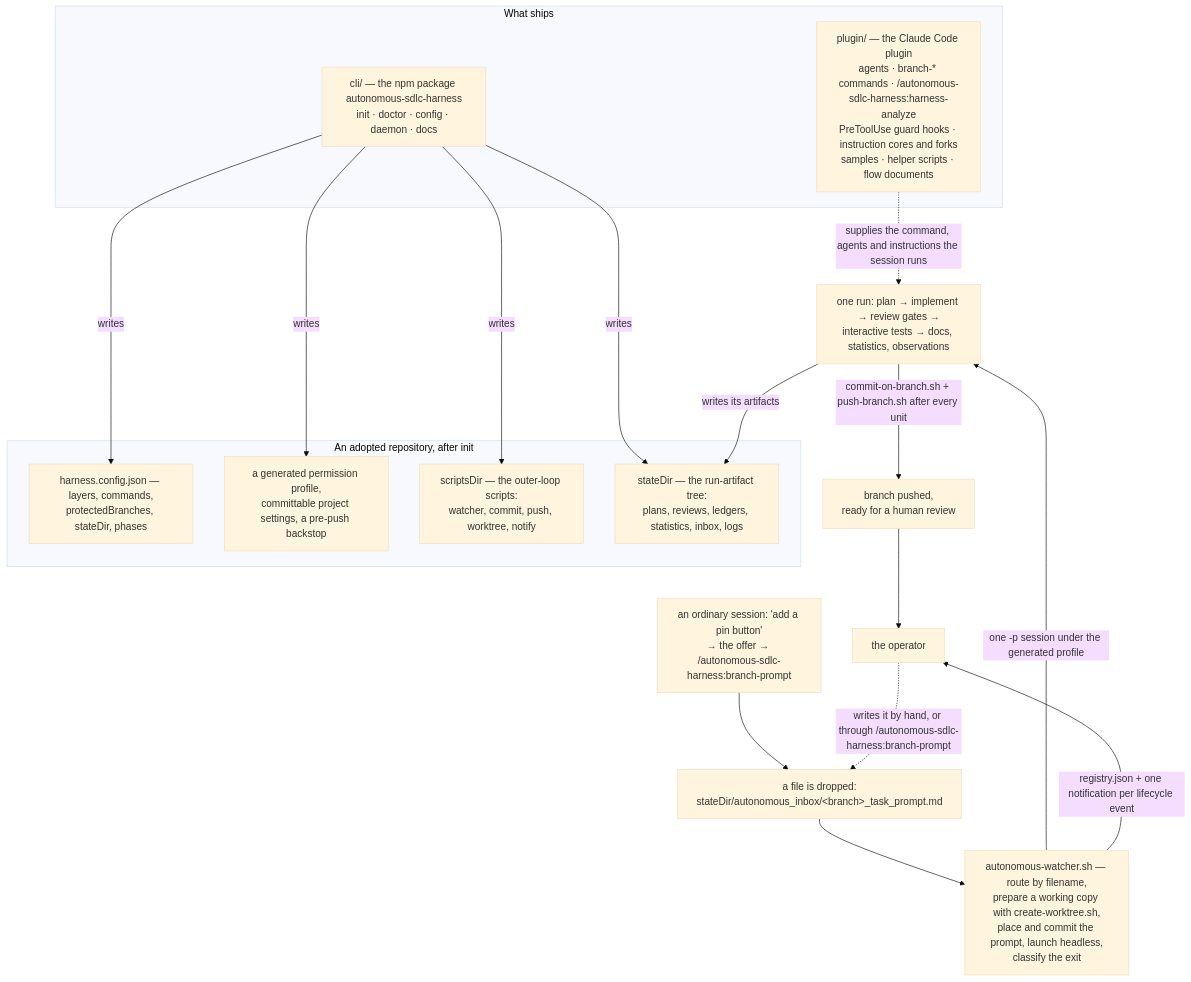
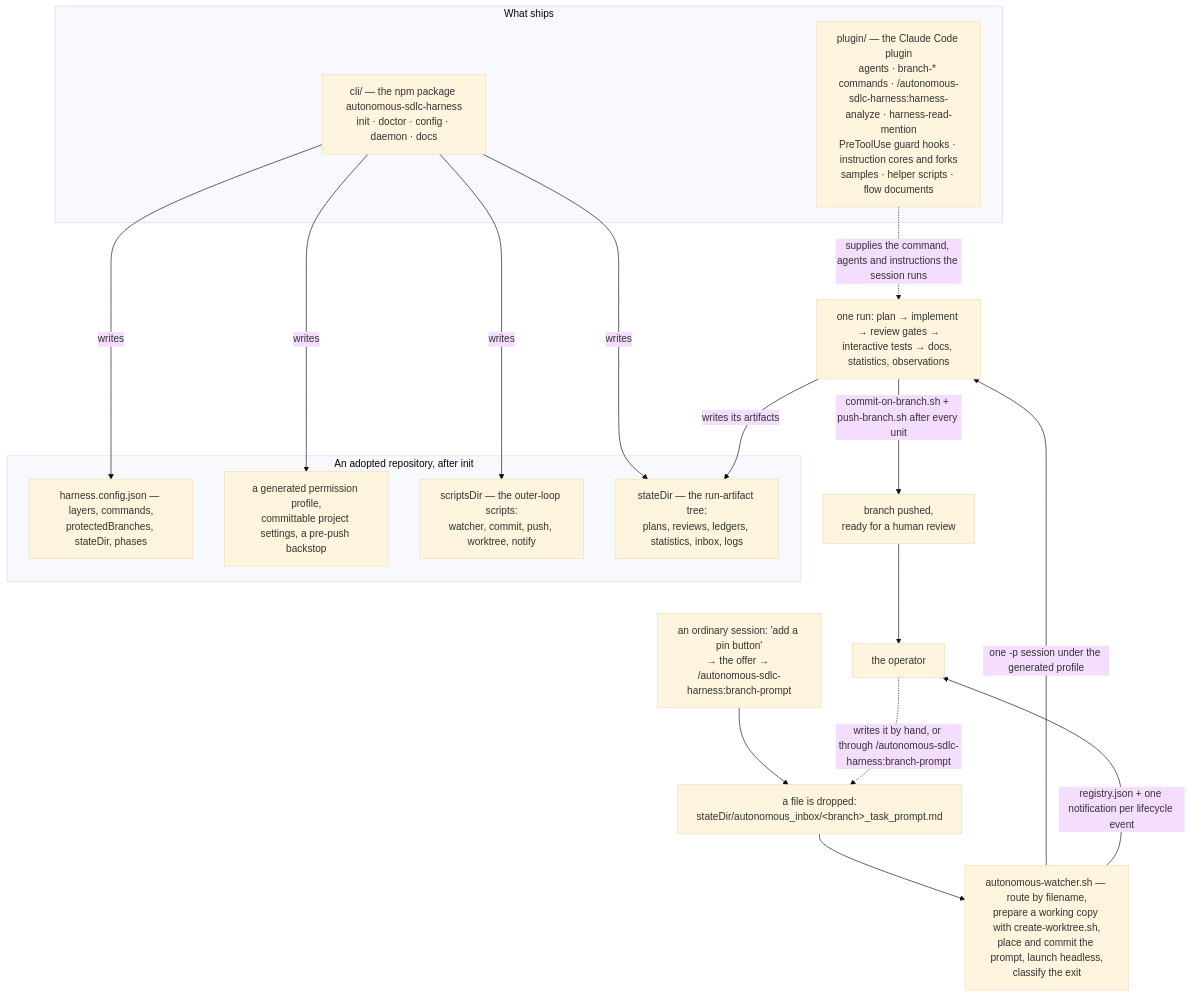
One commit to firu-daniel/autonomous-sdlc-harness changed the diagram in README.md. Above: the diagram before and after it, drawn with Mermaid (base theme). The commit also changed other lines of this file and 37 other files, not shown here.

````diff
--- a/README.md
+++ b/README.md
@@ -52,28 +52,28 @@
 ```mermaid
 flowchart TB
   subgraph ship["What ships"]
-    P["plugin/ — the Claude Code plugin<br/>agents · branch-* commands · /autonomous-sdlc-harness:harness-analyze<br/>PreToolUse guard hooks · instruction cores and forks<br/>samples · helper scripts · flow documents"]
+    P["plugin/ — the Claude Code plugin<br/>agents · branch-* commands · /autonomous-sdlc-harness:harness-analyze · harness-read-mention<br/>PreToolUse guard hooks · instruction cores and forks<br/>samples · helper scripts · flow documents"]
     C["cli/ — the npm package autonomous-sdlc-harness<br/>init · doctor · config · daemon · docs"]
   end
   subgraph repo["An adopted repository, after init"]
     CFG["harness.config.json — layers, commands,<br/>protectedBranches, stateDir, phases"]
     PROF["a generated permission profile,<br/>committable project settings, a pre-push backstop"]
     SCR["scriptsDir — the outer-loop scripts:<br/>watcher, commit, push, worktree, notify"]
     ST["stateDir — the run-artifact tree:<br/>plans, reviews, ledgers, statistics, inbox, logs"]
   end
   C -->|writes| CFG
   C -->|writes| PROF
   C -->|writes| SCR
   C -->|writes| ST
   D["a file is dropped:<br/>stateDir/autonomous_inbox/&lt;branch&gt;_task_prompt.md"] --> W
   ASK["an ordinary session: 'add a pin button'<br/>→ the offer → /autonomous-sdlc-harness:branch-prompt"] --> D
   N -.->|"writes it by hand, or through /autonomous-sdlc-harness:branch-prompt"| D
   W["autonomous-watcher.sh — route by filename,<br/>prepare a working copy with create-worktree.sh,<br/>place and commit the prompt, launch headless,<br/>classify the exit"]
   W -->|"one -p session under the generated profile"| E
   P -.->|"supplies the command, agents and instructions the session runs"| E
   E["one run: plan → implement → review gates →<br/>interactive tests → docs, statistics, observations"]
   E -->|"commit-on-branch.sh + push-branch.sh after every unit"| B["branch pushed,<br/>ready for a human review"]
   E -->|"writes its artifacts"| ST
   W -->|"registry.json + one notification per lifecycle event"| N["the operator"]
   B --> N
 ```
````
